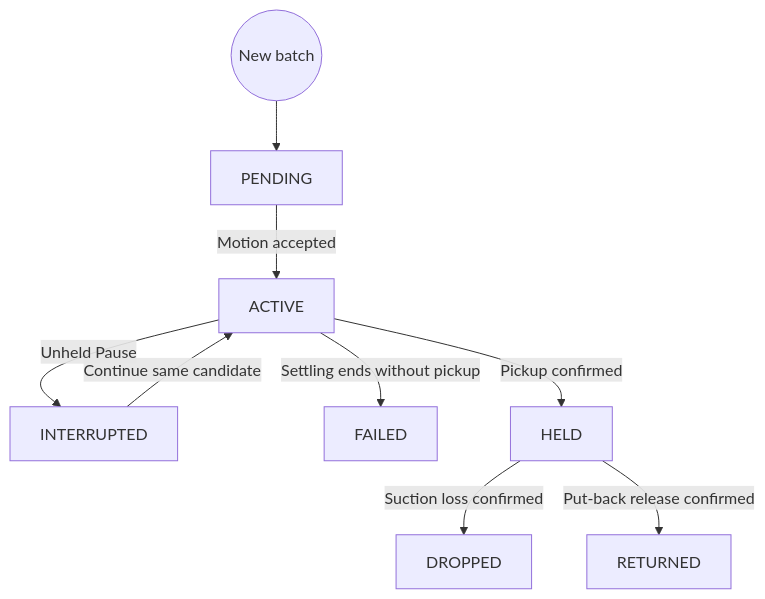
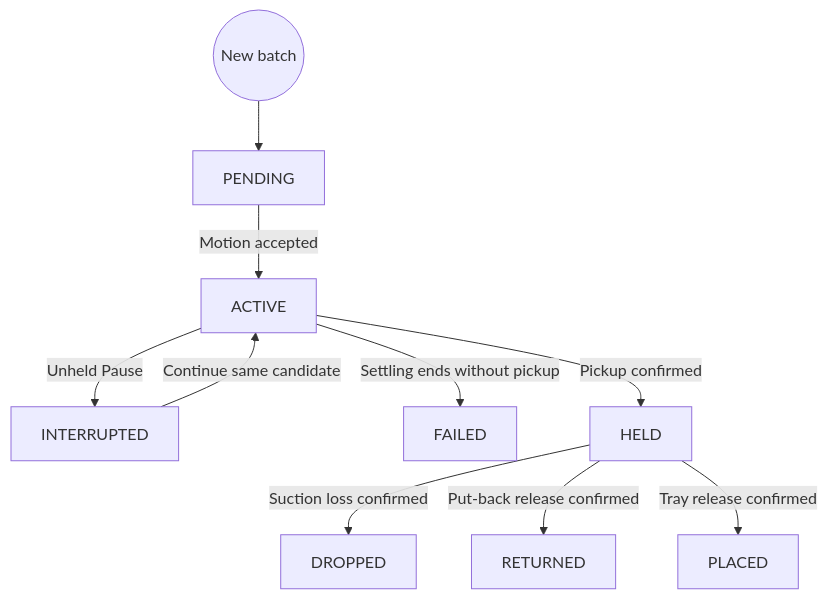
One commit to esgange/dobot_picknplace_yolo changed the third of 7 diagrams in docs/ROBOT_CONTROLLER_FSM.md. Above: the diagram before and after it, drawn with Mermaid. The commit also changed other lines of this file and 12 other files, not shown here.

````diff
--- a/docs/ROBOT_CONTROLLER_FSM.md
+++ b/docs/ROBOT_CONTROLLER_FSM.md
@@ -180,11 +180,12 @@
 ```mermaid
 flowchart TD
     Batch((New batch)) --> PENDING
     PENDING -->|Motion accepted| ACTIVE
     ACTIVE -->|Unheld Pause| INTERRUPTED
     INTERRUPTED -->|Continue same candidate| ACTIVE
     ACTIVE -->|Settling ends without pickup| FAILED
     ACTIVE -->|Pickup confirmed| HELD
     HELD -->|Suction loss confirmed| DROPPED
     HELD -->|Put-back release confirmed| RETURNED
+    HELD -->|Tray release confirmed| PLACED
 ```
````
